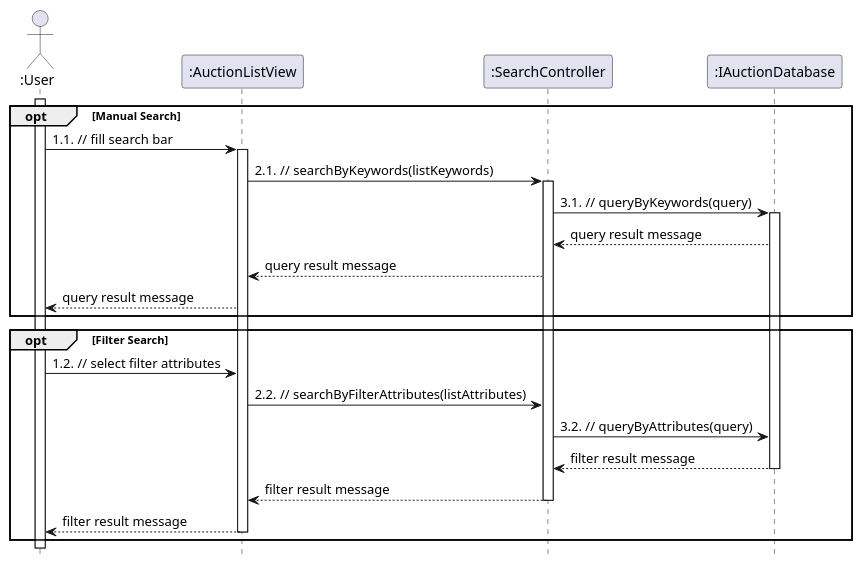
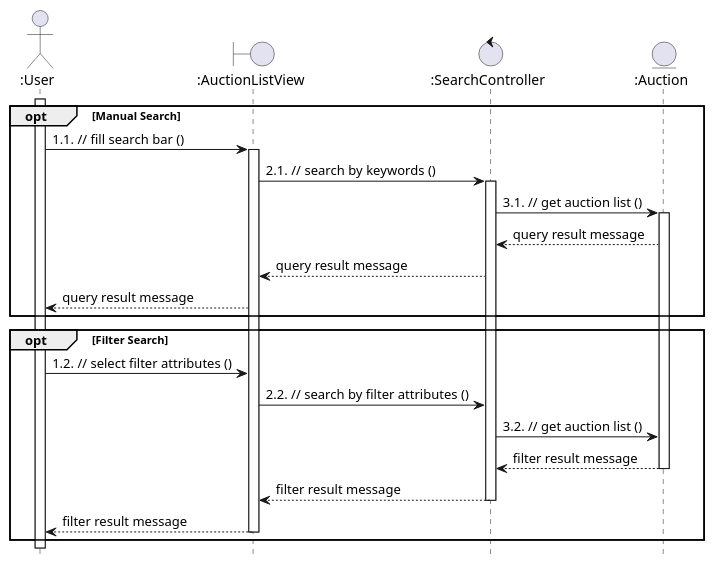
The diagram in uml/design/sequence/linh/search_for_auction.pu (anhbanlinhle/velocity-exchange), drawn with PlantUML before and after one commit. The commit also changed 5 other files, not shown here.

Commit message:
doc[lynn]: base design sequences from analysis

```diff
--- a/uml/design/sequence/linh/search_for_auction.pu
+++ b/uml/design/sequence/linh/search_for_auction.pu
@@ -1,52 +1,52 @@
 @startuml UC_6
 hide footbox
 
 actor ":User" as User
-participant ":AuctionListView" as AuctionView
-participant ":SearchController" as SearchController
-participant ":IAuctionDatabase" as Auction
+boundary ":AuctionListView" as AuctionView
+control ":SearchController" as SearchController
+entity ":Auction" as Auction
 
 User ++
 opt Manual Search
-    User -> AuctionView: 1.1. // fill search bar
+    User -> AuctionView: 1.1. // fill search bar ()
     
     activate AuctionView
-      AuctionView -> SearchController: 2.1. // searchByKeywords(listKeywords)
+      AuctionView -> SearchController: 2.1. // search by keywords ()
       
       activate SearchController
-        SearchController -> Auction: 3.1. // queryByKeywords(query)
+        SearchController -> Auction: 3.1. // get auction list ()
           
           activate Auction
             Auction --> SearchController: query result message
             
         SearchController --> AuctionView: query result message
         
       AuctionView --> User: query result message
       
 end
 
 opt Filter Search
-  User -> AuctionView: 1.2. // select filter attributes
+  User -> AuctionView: 1.2. // select filter attributes ()
   
   
-      AuctionView -> SearchController: 2.2. // searchByFilterAttributes(listAttributes)
+      AuctionView -> SearchController: 2.2. // search by filter attributes ()
       
       
-        SearchController -> Auction: 3.2. // queryByAttributes(query)
+        SearchController -> Auction: 3.2. // get auction list ()
           
           
             Auction --> SearchController: filter result message
             
             
           deactivate Auction
         SearchController --> AuctionView: filter result message
         
         
       deactivate SearchController
       AuctionView --> User: filter result message
       
       
     deactivate AuctionView
 end
 
 @enduml
```
